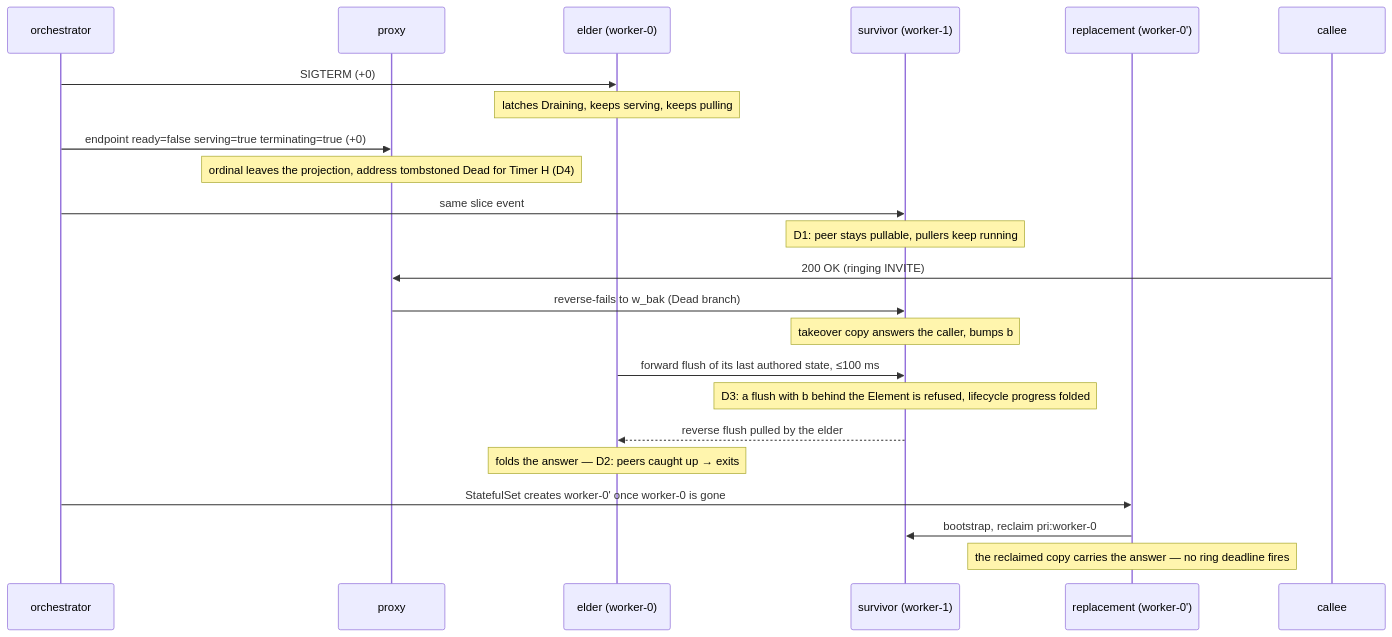
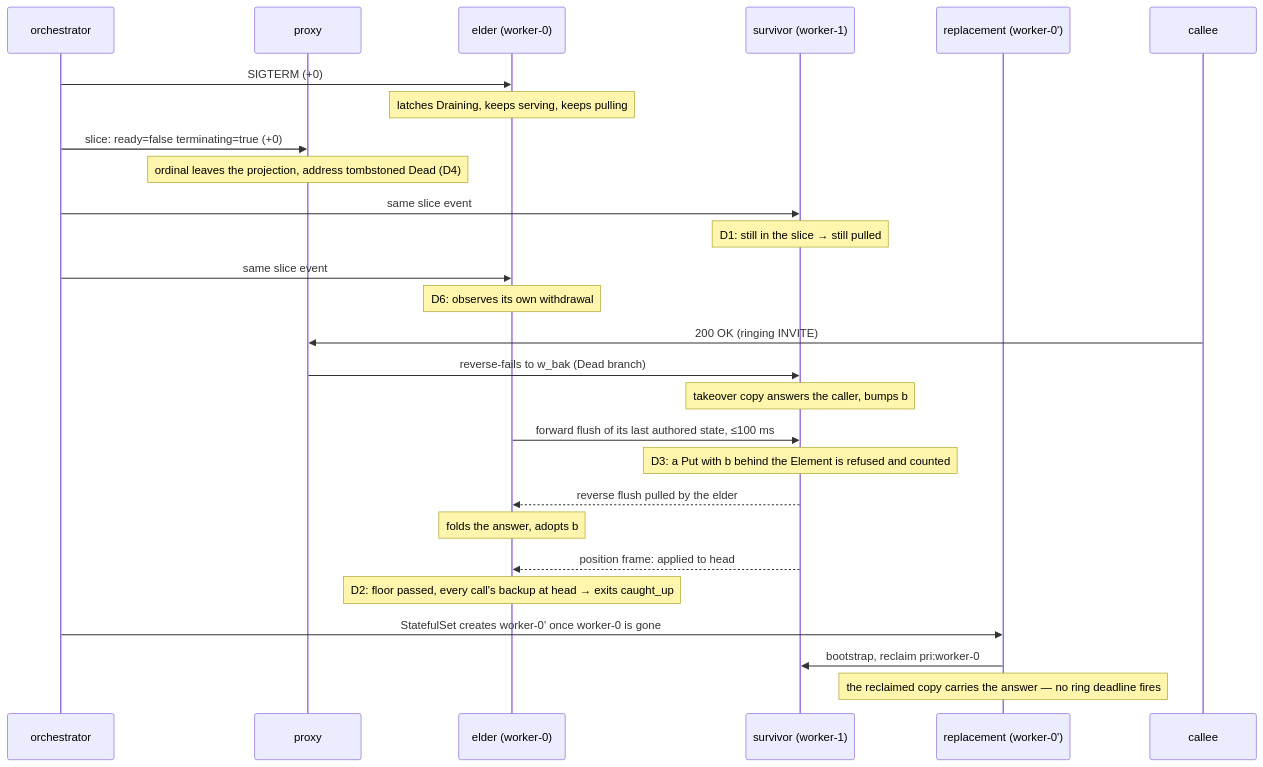
Before and after one commit to vcharbon/siprustserver: the first of 3 diagrams in docs/adr/0031-a-workers-three-ways-out.md, drawn with Mermaid. The commit also changed other lines of this file and 2 other files, not shown here.

````diff
--- a/docs/adr/0031-a-workers-three-ways-out.md
+++ b/docs/adr/0031-a-workers-three-ways-out.md
@@ -111,25 +163,29 @@
 ```mermaid
 sequenceDiagram
     participant O as orchestrator
     participant P as proxy
     participant E as elder (worker-0)
     participant S as survivor (worker-1)
     participant R as replacement (worker-0')
     participant C as callee
     O->>E: SIGTERM (+0)
     Note over E: latches Draining, keeps serving, keeps pulling
-    O->>P: endpoint ready=false serving=true terminating=true (+0)
-    Note over P: ordinal leaves the projection, address tombstoned Dead for Timer H (D4)
+    O->>P: slice: ready=false terminating=true (+0)
+    Note over P: ordinal leaves the projection, address tombstoned Dead (D4)
     O->>S: same slice event
-    Note over S: D1: peer stays pullable, pullers keep running
+    Note over S: D1: still in the slice → still pulled
+    O->>E: same slice event
+    Note over E: D6: observes its own withdrawal
     C->>P: 200 OK (ringing INVITE)
     P->>S: reverse-fails to w_bak (Dead branch)
     Note over S: takeover copy answers the caller, bumps b
     E->>S: forward flush of its last authored state, ≤100 ms
-    Note over S: D3: a flush with b behind the Element is refused, lifecycle progress folded
+    Note over S: D3: a Put with b behind the Element is refused and counted
     S-->>E: reverse flush pulled by the elder
-    Note over E: folds the answer — D2: peers caught up → exits
+    Note over E: folds the answer, adopts b
+    S-->>E: position frame: applied to head
+    Note over E: D2: floor passed, every call's backup at head → exits caught_up
     O->>R: StatefulSet creates worker-0' once worker-0 is gone
     R->>S: bootstrap, reclaim pri:worker-0
     Note over R: the reclaimed copy carries the answer — no ring deadline fires
 ```
````
